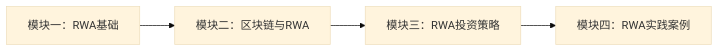
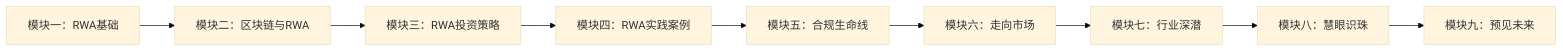
Before and after one commit to metakina-com/courses: the diagram in docs/courses/overview.md, drawn with Mermaid (base theme). The commit also changed other lines of this file and 9 other files, not shown here.

````diff
--- a/docs/courses/overview.md
+++ b/docs/courses/overview.md
@@ -8,6 +8,11 @@
 ```mermaid
 graph LR
     A[模块一：RWA基础] --> B[模块二：区块链与RWA]
     B --> C[模块三：RWA投资策略]
     C --> D[模块四：RWA实践案例]
+    D --> E[模块五：合规生命线]
+    E --> F[模块六：走向市场]
+    F --> G[模块七：行业深潜]
+    G --> H[模块八：慧眼识珠]
+    H --> I[模块九：预见未来]
 ```
````
